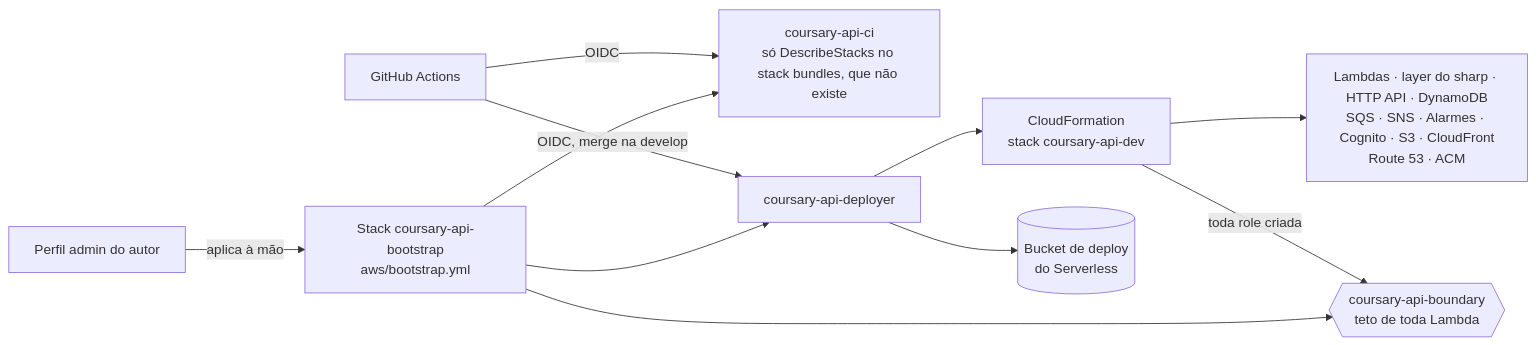
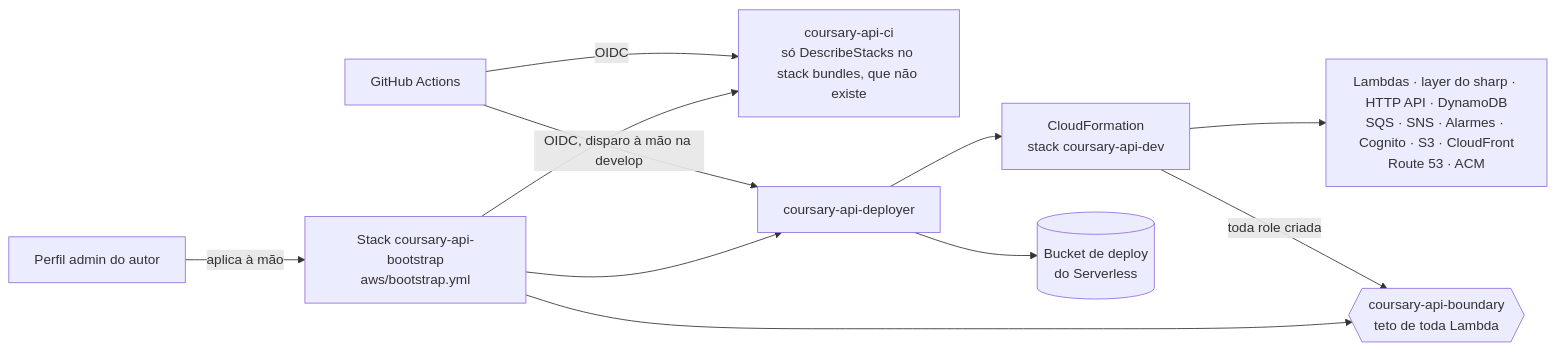
Before and after one commit to joaosoarees/coursary-api: the third of 3 diagrams in docs/system-design.md, drawn with Mermaid. The commit also changed other lines of this file, not shown here.

Commit message:
docs(system-design): show the dev deploy as dispatched by hand

````diff
--- a/docs/system-design.md
+++ b/docs/system-design.md
@@ -209,11 +209,11 @@
 ```mermaid
 flowchart LR
   gh[GitHub Actions] -->|OIDC| ci[coursary-api-ci<br/>só DescribeStacks no stack bundles, que não existe]
-  gh -->|OIDC, merge na develop| dep[coursary-api-deployer]
+  gh -->|OIDC, disparo à mão na develop| dep[coursary-api-deployer]
   dep --> cfn[CloudFormation<br/>stack coursary-api-dev]
   dep --> bucket[(Bucket de deploy<br/>do Serverless)]
   cfn --> res[Lambdas · layer do sharp · HTTP API · DynamoDB<br/>SQS · SNS · Alarmes · Cognito · S3 · CloudFront<br/>Route 53 · ACM]
   cfn -->|toda role criada| boundary{{coursary-api-boundary<br/>teto de toda Lambda}}
   admin[Perfil admin do autor] -->|aplica à mão| boot[Stack coursary-api-bootstrap<br/>aws/bootstrap.yml]
   boot --> ci & dep & boundary
 ```
````
